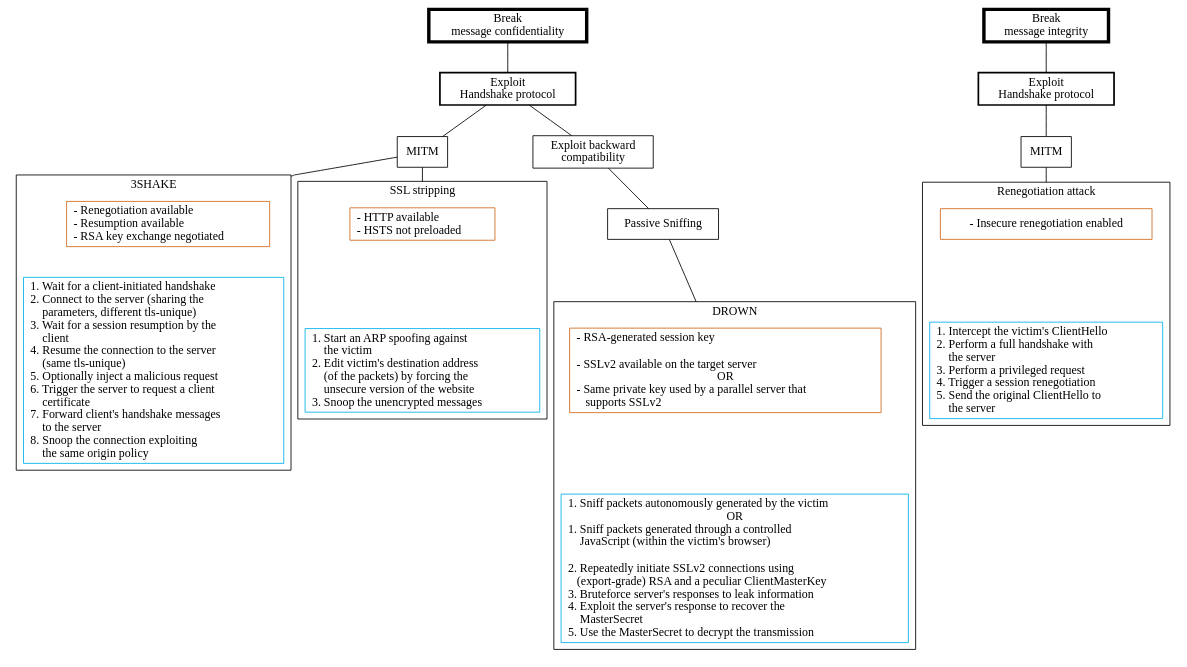
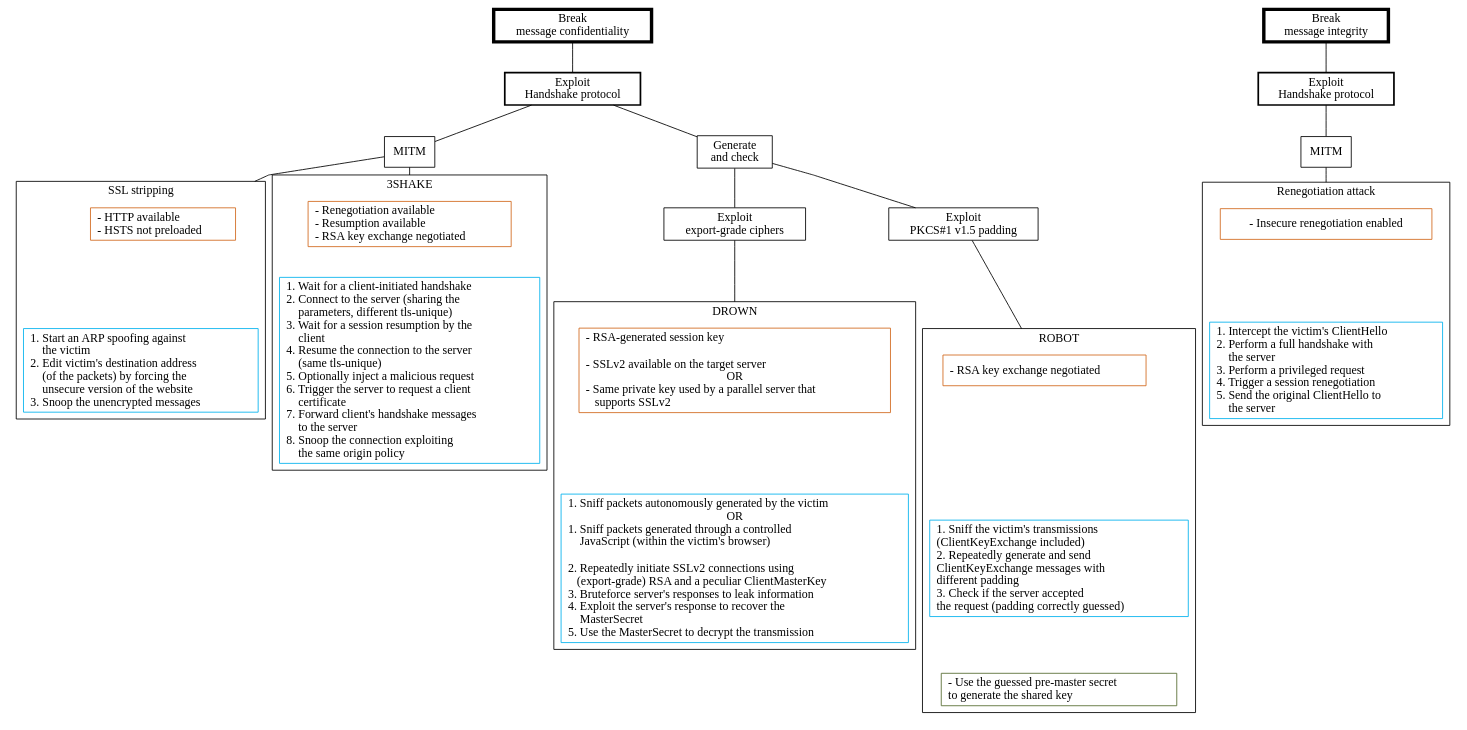
Before and after one commit to stfbk/tlsassistant: the diagram in Evaluator/AttackTrees/BreakConfidentiality.dot, drawn with Graphviz. The commit also changed 1 other file, not shown here.

Commit message:
Updated ROBOT attack taxonomy

```diff
--- a/Evaluator/AttackTrees/BreakConfidentiality.dot
+++ b/Evaluator/AttackTrees/BreakConfidentiality.dot
@@ -1,86 +1,101 @@
 graph {
 #attributes
 splines=polyline;
 compound=true;
 node [shape=box];
 
 #legend
 # "node_name" [label appearing after the rendering] /*hooks for the highlighting process*/
 # NOTE: each highlight-able line must end with a slash (without a space following)
 
 #################Confidentiality Nodes#################
 ##----------Parents---------
-"conf_msg_C" [label = "Break\nmessage confidentiality"][penwidth=4] /* 3SHAKE HSTS_not_preloaded DROWN */
-"conf_tls_hshake" [label = "Exploit\nHandshake protocol"][penwidth=2] /* 3SHAKE HSTS_not_preloaded DROWN */
+"conf_msg_C" [label = "Break\nmessage confidentiality"][penwidth=4] /* 3SHAKE HSTS_not_preloaded DROWN ROBOT */
+"conf_tls_hshake" [label = "Exploit\nHandshake protocol"][penwidth=2] /* 3SHAKE HSTS_not_preloaded DROWN ROBOT */
 
-"conf_legacy" [label = "Exploit backward\ncompatibility"] /* DROWN */
-"conf_sniffing" [label = "Passive Sniffing"]/* DROWN */
+"conf_genAndCheck" [label = "Generate\nand check"] /* DROWN ROBOT */
+"conf_export" [label = "Exploit\nexport-grade ciphers"]/* DROWN */
+"conf_check_padding" [label = "Exploit\nPKCS#1 v1.5 padding"] /* ROBOT */
 
 "conf_mitm" [label = "MITM"] /* 3SHAKE HSTS_not_preloaded */
 
 ##----------Leaves----------
 "conf_drown_1" [label = "- RSA-generated session key\l\n- SSLv2 available on the target server\lOR\n- Same private key used by a parallel server that\l    supports SSLv2\l"][color=chocolate]
 "conf_drown_2" [label = "1. Sniff packets autonomously generated by the victim\lOR\n1. Sniff packets generated through a controlled\l     JavaScript (within the victim's browser)\l\n2. Repeatedly initiate SSLv2 connections using\l    (export-grade) RSA and a peculiar ClientMasterKey\l3. Bruteforce server's responses to leak information\l4. Exploit the server's response to recover the\l     MasterSecret\l5. Use the MasterSecret to decrypt the transmission\l"][color=deepskyblue2]
 
 "conf_3shake_1" [label = "- Renegotiation available\l- Resumption available\l- RSA key exchange negotiated\l"][color=chocolate]
 "conf_3shake_2" [label = "1. Wait for a client-initiated handshake\l2. Connect to the server (sharing the\l     parameters, different tls-unique)\l3. Wait for a session resumption by the\l     client\l4. Resume the connection to the server\l     (same tls-unique)\l5. Optionally inject a malicious request\l6. Trigger the server to request a client\l     certificate\l7. Forward client's handshake messages\l     to the server\l8. Snoop the connection exploiting\l     the same origin policy\l"][color=deepskyblue2]
 
 "conf_stripping_1" [label = "- HTTP available\l- HSTS not preloaded\l"][color=chocolate]
 "conf_stripping_2" [label = "1. Start an ARP spoofing against\l     the victim\l2. Edit victim's destination address\l     (of the packets) by forcing the\l     unsecure version of the website\l3. Snoop the unencrypted messages\l"][color=deepskyblue2]
 
+
+"conf_robot_1" [label = "- RSA key exchange negotiated\l"][color=chocolate]
+"conf_robot_2" [label = "1. Sniff the victim's transmissions\l(ClientKeyExchange included)\l2. Repeatedly generate and send\lClientKeyExchange messages with\ldifferent padding\l3. Check if the server accepted\lthe request (padding correctly guessed)\l"][color=deepskyblue2]
+"conf_robot_3" [label = "- Use the guessed pre-master secret\lto generate the shared key\l"][color=darkolivegreen]
+
 #-----------Edges-----------
 ## root
-	"conf_msg_C" -- "conf_tls_hshake" /* 3SHAKE HSTS_not_preloaded DROWN */
+	"conf_msg_C" -- "conf_tls_hshake" /* 3SHAKE HSTS_not_preloaded DROWN ROBOT */
 
 ### handshake subtree
-	"conf_tls_hshake" -- "conf_legacy" /* DROWN */
+	"conf_tls_hshake" -- "conf_genAndCheck" /* DROWN ROBOT */
 	"conf_tls_hshake" -- "conf_mitm" /* 3SHAKE HSTS_not_preloaded */
 
-### legacy subtree
-	"conf_legacy" -- "conf_sniffing" /* DROWN */
+### generate subtree
+	"conf_genAndCheck" -- "conf_export" /* DROWN */
+	"conf_genAndCheck" -- "conf_check_padding" /* ROBOT */
+	
 
-##### sniffing subtree
-	"conf_sniffing" -- "conf_drown_1" [lhead=cluster_drown] /* DROWN */
+##### legacy subtree
+	"conf_export" -- "conf_drown_1" [lhead=cluster_drown] /* DROWN */
+
+#### padding subtree
+	"conf_check_padding" -- "conf_robot_1" [lhead=cluster_robot] /* ROBOT */
 
 #### MITM subtree
 	"conf_mitm" -- "conf_3shake_1" [lhead=cluster_3shake]/* 3SHAKE */
 	"conf_mitm" -- "conf_stripping_1" [lhead=cluster_stripping] /* HSTS_not_preloaded */
 
 #-----------Subgraphs-----------
 
 	subgraph cluster_drown {
 		label="DROWN";
 		"conf_drown_1" -- "conf_drown_2" [style=invis];
 	}
 	subgraph cluster_3shake {
 		label="3SHAKE";
 		"conf_3shake_1" -- "conf_3shake_2" [style=invis];
 	}
 	subgraph cluster_stripping {
 		label="SSL stripping";
 		"conf_stripping_1" -- "conf_stripping_2" [style=invis];
+	}
+	subgraph cluster_robot {
+		label="ROBOT";
+		"conf_robot_1" -- "conf_robot_2" -- "conf_robot_3" [style=invis];
 	}
 
 #################Integrity Nodes#################
 ##----------Parents---------
 "int_msg_I" [label = "Break\nmessage integrity"][penwidth=4] /* RENEGOTIATION */
 "int_tls_hshake" [label = "Exploit\nHandshake protocol"][penwidth=2] /* RENEGOTIATION */
 "int_mitm" [label = "MITM"] /* RENEGOTIATION */
 
 ##----------Leaves----------
 "int_reneg_1" [label = "- Insecure renegotiation enabled"][color=chocolate]
 "int_reneg_2" [label = "1. Intercept the victim's ClientHello\l2. Perform a full handshake with\l     the server\l3. Perform a privileged request\l4. Trigger a session renegotiation\l5. Send the original ClientHello to\l     the server\l"][color=deepskyblue2]
 
 #-----------Edges-----------
 ## root
 	"int_msg_I" -- "int_tls_hshake"  /* RENEGOTIATION */
 	"int_tls_hshake" -- "int_mitm"  /* RENEGOTIATION */
 	"int_mitm" -- "int_reneg_1" [lhead=cluster_renegotiation] /* RENEGOTIATION */
 
 #-----------Subgraphs-----------
 
 	subgraph cluster_renegotiation {
 		label="Renegotiation attack";
 		"int_reneg_1" -- "int_reneg_2" [style=invis];
 	}	
 }
```
